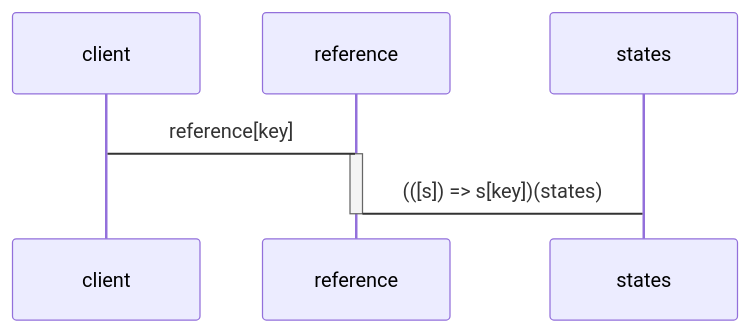
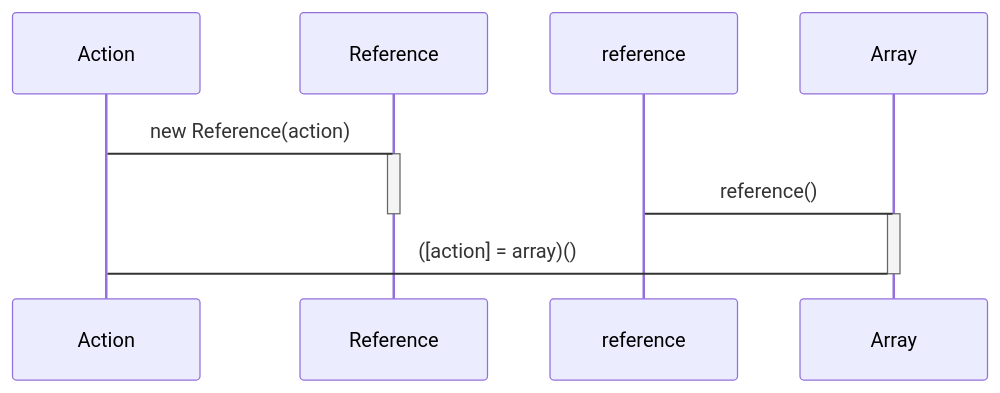
Before and after one commit to domrally/peekeasy: the second of 4 diagrams in README.md, drawn with Mermaid. The commit also changed other lines of this file, not shown here.

````diff
--- a/README.md
+++ b/README.md
@@ -77,7 +77,10 @@
 ```mermaid
 sequenceDiagram
-    client->reference: reference[key]
-    activate reference
-    reference->states: (([s]) => s[key])(states)
-    deactivate reference
+    Action->Reference: new Reference(action)
+    activate Reference
+    reference->Array: reference()
+    deactivate Reference
+    activate Array
+    Array->Action: ([action] = array)()
+    deactivate Array
 ```
````
